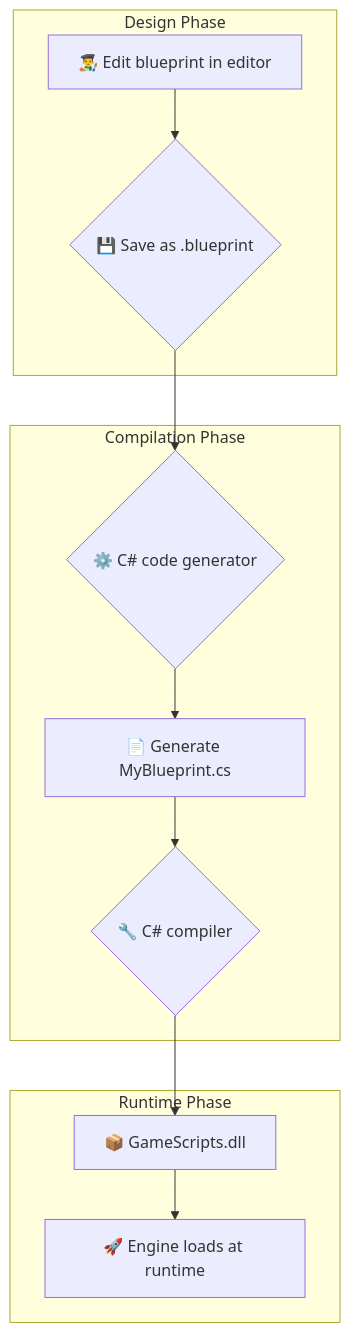
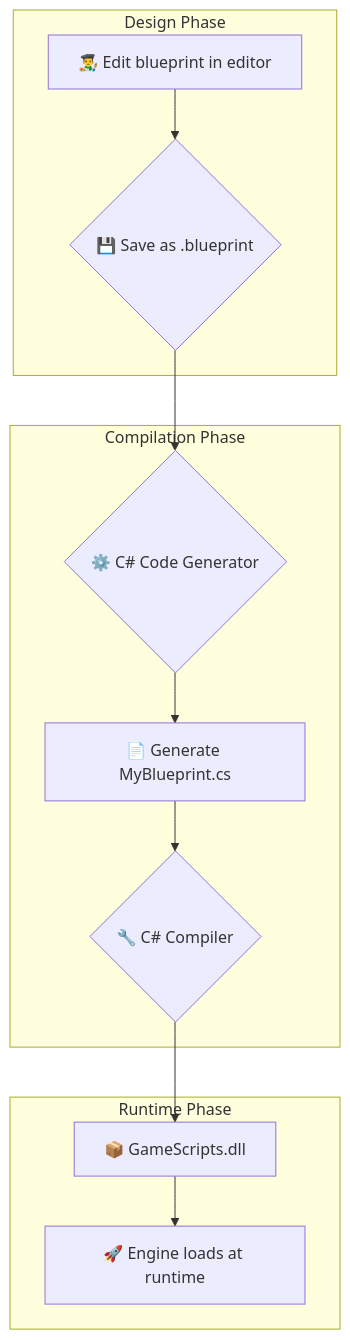
Before and after one commit to NGLSG/Luma: the sixth of 12 diagrams in ARCHITECTURE_EN.md, drawn with Mermaid. The commit also changed other lines of this file and 61 other files, not shown here.

````diff
--- a/ARCHITECTURE_EN.md
+++ b/ARCHITECTURE_EN.md
@@ -160,15 +157,15 @@
 ```mermaid
 graph TD
     subgraph "Design Phase"
         A[👨‍🎨 Edit blueprint in editor] --> B{💾 Save as .blueprint}
     end
     subgraph "Compilation Phase"
-        B --> C{⚙️ C# code generator}
+        B --> C{⚙️ C# Code Generator}
         C --> D[📄 Generate MyBlueprint.cs]
-        D --> E{🔧 C# compiler}
+        D --> E{🔧 C# Compiler}
     end
     subgraph "Runtime Phase"
         E --> F[📦 GameScripts.dll]
         F --> G[🚀 Engine loads at runtime]
     end
 ```
````
